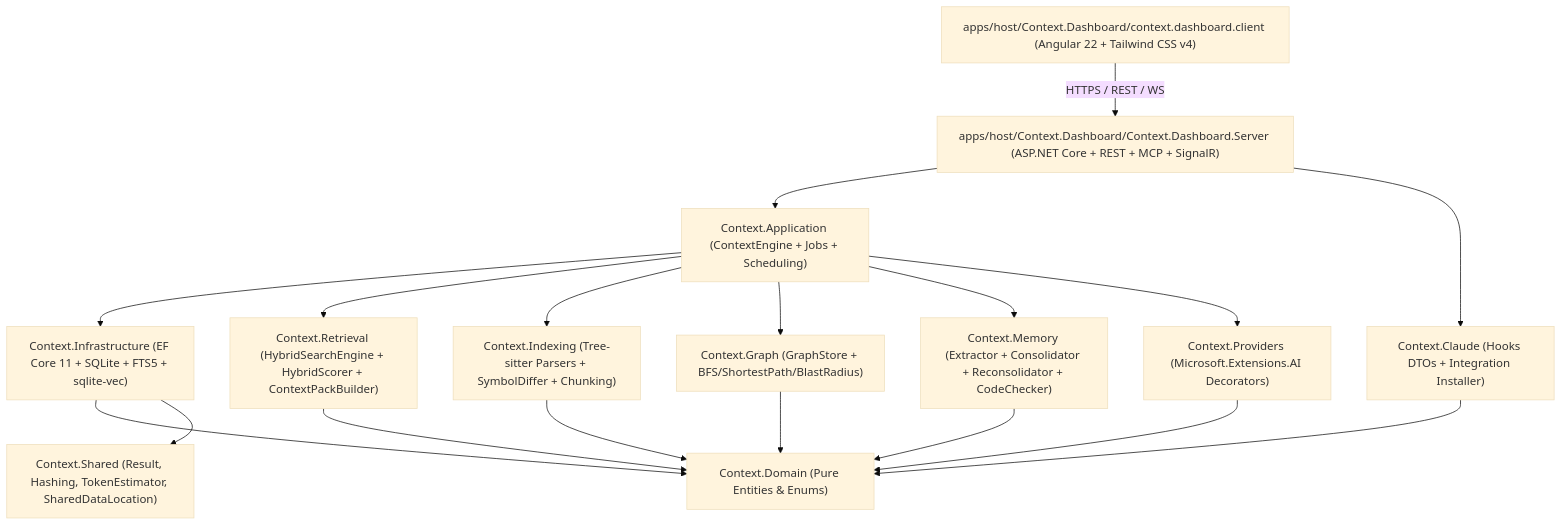
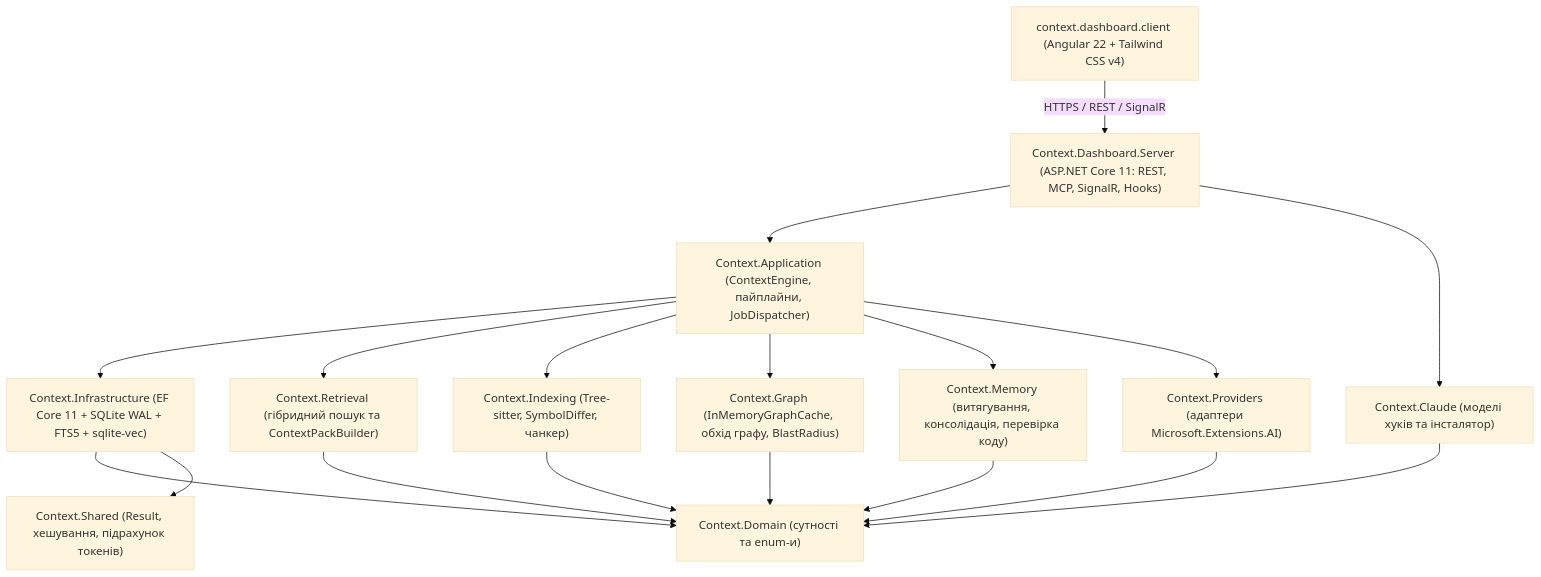
The first of 3 diagrams in docs/uk/ARCHITECTURE.md (dellik95/context-platform), drawn with Mermaid (base theme) before and after one commit. The commit also changed other lines of this file and 7 other files, not shown here.

````diff
--- a/docs/uk/ARCHITECTURE.md
+++ b/docs/uk/ARCHITECTURE.md
@@ -11,26 +13,26 @@
 ```mermaid
 flowchart TB
-    Host["apps/host/Context.Dashboard/Context.Dashboard.Server (ASP.NET Core + REST + MCP + SignalR)"]
-    Client["apps/host/Context.Dashboard/context.dashboard.client (Angular 22 + Tailwind CSS v4)"]
+    Host["Context.Dashboard.Server (ASP.NET Core 11: REST, MCP, SignalR, Hooks)"]
+    Client["context.dashboard.client (Angular 22 + Tailwind CSS v4)"]
 
-    Client -->|"HTTPS / REST / WS"| Host
+    Client -->|"HTTPS / REST / SignalR"| Host
 
-    Host --> App["Context.Application (ContextEngine + Jobs + Scheduling)"]
-    Host --> Claude["Context.Claude (Hooks DTOs + Integration Installer)"]
+    Host --> App["Context.Application (ContextEngine, пайплайни, JobDispatcher)"]
+    Host --> Claude["Context.Claude (моделі хуків та інсталятор)"]
 
-    App --> Infra["Context.Infrastructure (EF Core 11 + SQLite + FTS5 + sqlite-vec)"]
-    App --> Retrieval["Context.Retrieval (HybridSearchEngine + HybridScorer + ContextPackBuilder)"]
-    App --> Indexing["Context.Indexing (Tree-sitter Parsers + SymbolDiffer + Chunking)"]
-    App --> Graph["Context.Graph (GraphStore + BFS/ShortestPath/BlastRadius)"]
-    App --> Memory["Context.Memory (Extractor + Consolidator + Reconsolidator + CodeChecker)"]
-    App --> Providers["Context.Providers (Microsoft.Extensions.AI Decorators)"]
+    App --> Infra["Context.Infrastructure (EF Core 11 + SQLite WAL + FTS5 + sqlite-vec)"]
+    App --> Retrieval["Context.Retrieval (гібридний пошук та ContextPackBuilder)"]
+    App --> Indexing["Context.Indexing (Tree-sitter, SymbolDiffer, чанкер)"]
+    App --> Graph["Context.Graph (InMemoryGraphCache, обхід графу, BlastRadius)"]
+    App --> Memory["Context.Memory (витягування, консолідація, перевірка коду)"]
+    App --> Providers["Context.Providers (адаптери Microsoft.Extensions.AI)"]
 
-    Infra --> Domain["Context.Domain (Pure Entities & Enums)"]
-    Infra --> Shared["Context.Shared (Result, Hashing, TokenEstimator, SharedDataLocation)"]
+    Infra --> Domain["Context.Domain (сутності та enum-и)"]
+    Infra --> Shared["Context.Shared (Result, хешування, підрахунок токенів)"]
     Retrieval --> Domain
     Indexing --> Domain
     Graph --> Domain
     Memory --> Domain
     Providers --> Domain
     Claude --> Domain
 ```
````
